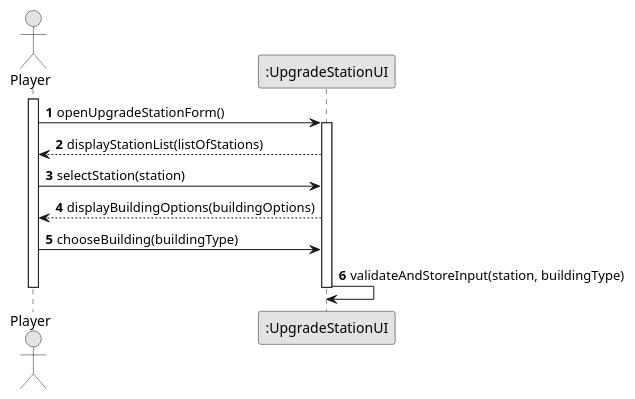
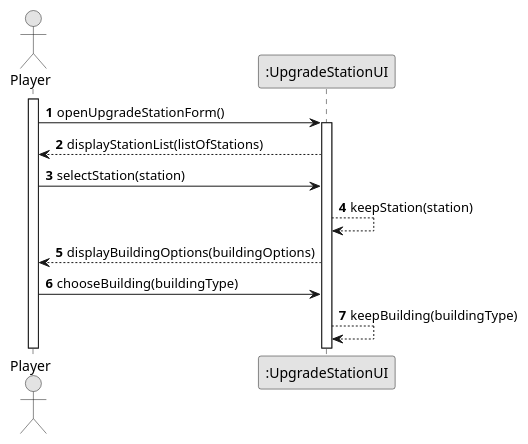
Before and after one commit to goncalolopesp/sem2-pi-24.25-g093-repo: the diagram in docs/system-documentation/US006/03.design/puml/US006-SD-getInput.puml, drawn with PlantUML. The commit also changed 11 other files, not shown here.

```diff
--- a/docs/system-documentation/US006/03.design/puml/US006-SD-getInput.puml
+++ b/docs/system-documentation/US006/03.design/puml/US006-SD-getInput.puml
@@ -1,26 +1,26 @@
 @startuml US006-SD-getInput
 skinparam monochrome true
 skinparam packageStyle rectangle
 skinparam shadowing false
+
 autonumber
 
 actor "Player" as Player
-participant ":UpgradeStationUI" as UpgradeUI
+participant ":UpgradeStationUI" as UpgradeStationUI
 
 activate Player
-Player -> UpgradeUI: openUpgradeStationForm()
-activate UpgradeUI
 
-UpgradeUI --> Player: displayStationList(listOfStations)
+Player -> UpgradeStationUI : openUpgradeStationForm()
+activate UpgradeStationUI
 
-Player -> UpgradeUI: selectStation(station)
+UpgradeStationUI --> Player : displayStationList(listOfStations)
 
-UpgradeUI --> Player: displayBuildingOptions(buildingOptions)
+Player -> UpgradeStationUI : selectStation(station)
+UpgradeStationUI --> UpgradeStationUI: keepStation(station)
 
-Player -> UpgradeUI: chooseBuilding(buildingType)
+UpgradeStationUI --> Player : displayBuildingOptions(buildingOptions)
 
-UpgradeUI -> UpgradeUI: validateAndStoreInput(station, buildingType)
+Player -> UpgradeStationUI : chooseBuilding(buildingType)
+UpgradeStationUI --> UpgradeStationUI: keepBuilding(buildingType)
 
-deactivate UpgradeUI
-deactivate Player
 @enduml
```
